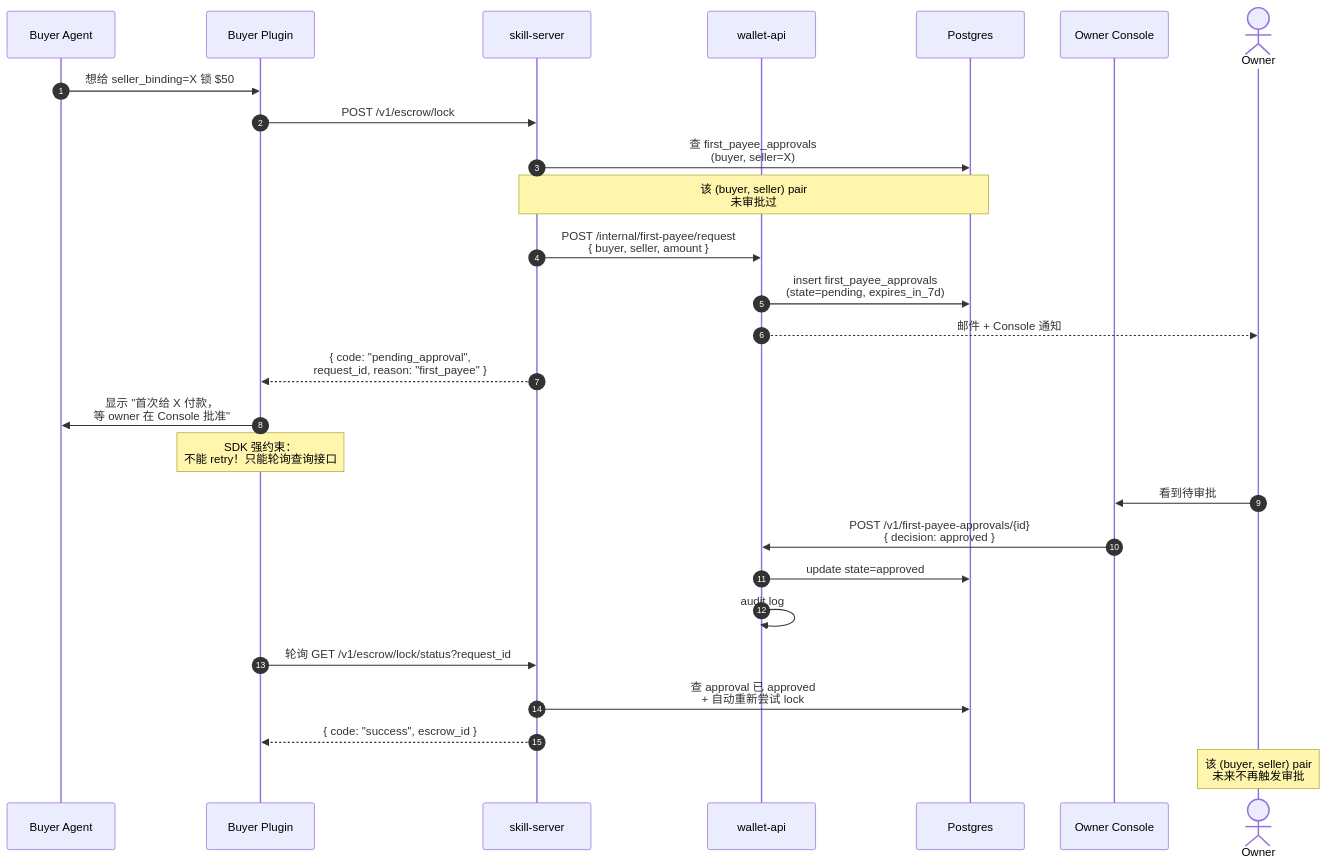
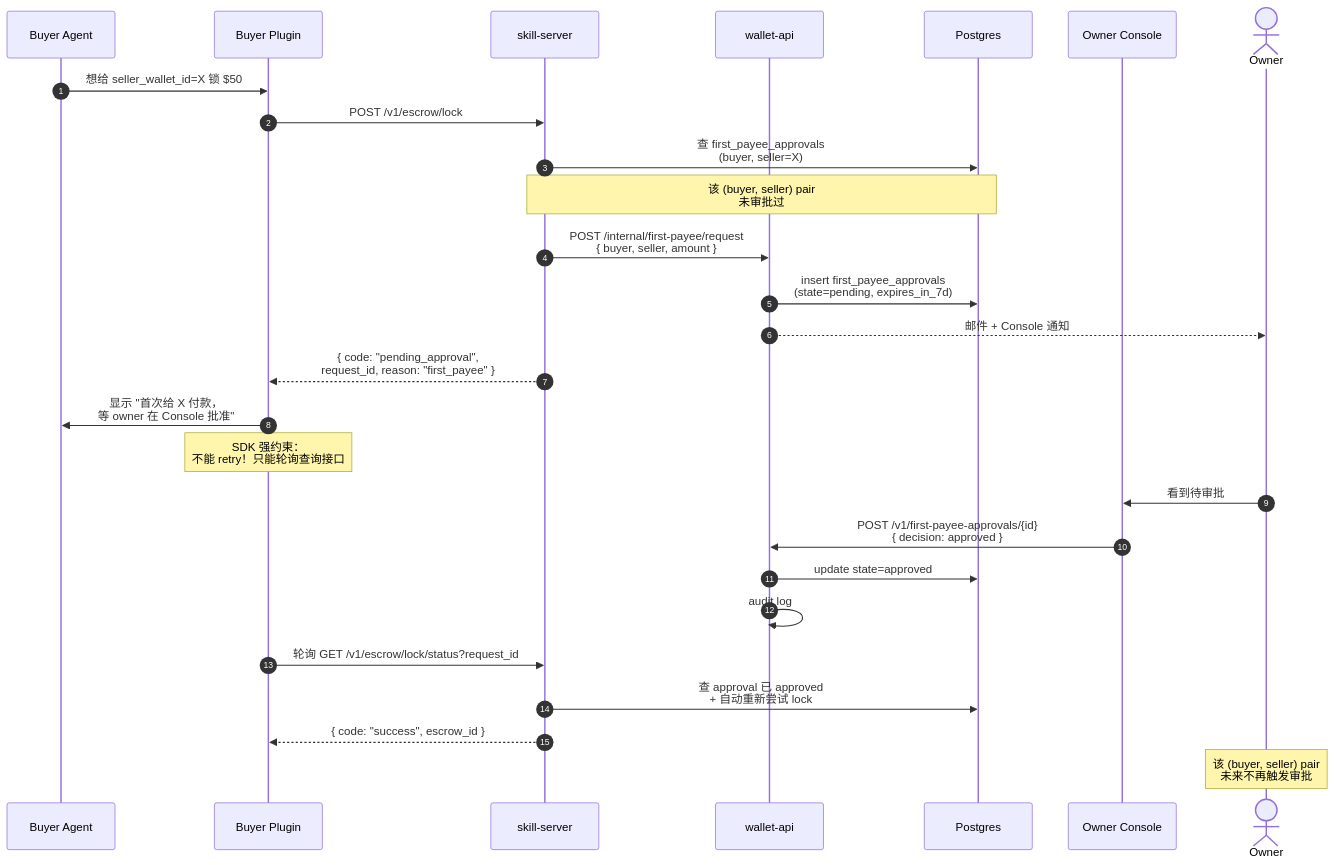
The sixth of 7 diagrams in docs/architecture/04-flows.md (arthurxuwei/OntologyAgent), drawn with Mermaid before and after one commit. The commit also changed other lines of this file and 7 other files, not shown here.

````diff
--- a/docs/architecture/04-flows.md
+++ b/docs/architecture/04-flows.md
@@ -359,36 +359,36 @@
 ```mermaid
 sequenceDiagram
     autonumber
     participant BAgent as Buyer Agent
     participant BPlugin as Buyer Plugin
     participant SS as skill-server
     participant WAPI as wallet-api
     participant PG as Postgres
     participant Console as Owner Console
     actor Owner
 
-    BAgent->>BPlugin: 想给 seller_binding=X 锁 $50
+    BAgent->>BPlugin: 想给 seller_wallet_id=X 锁 $50
     BPlugin->>SS: POST /v1/escrow/lock
     SS->>PG: 查 first_payee_approvals<br/>(buyer, seller=X)
     Note over SS,PG: 该 (buyer, seller) pair<br/>未审批过
 
     SS->>WAPI: POST /internal/first-payee/request<br/>{ buyer, seller, amount }
     WAPI->>PG: insert first_payee_approvals<br/>(state=pending, expires_in_7d)
     WAPI-->>Owner: 邮件 + Console 通知
 
     SS-->>BPlugin: { code: "pending_approval",<br/>request_id, reason: "first_payee" }
     BPlugin->>BAgent: 显示 "首次给 X 付款，<br/>等 owner 在 Console 批准"
 
     Note over BPlugin: SDK 强约束：<br/>不能 retry！只能轮询查询接口
 
     Owner->>Console: 看到待审批
     Console->>WAPI: POST /v1/first-payee-approvals/{id}<br/>{ decision: approved }
     WAPI->>PG: update state=approved
     WAPI->>WAPI: audit log
 
     BPlugin->>SS: 轮询 GET /v1/escrow/lock/status?request_id
     SS->>PG: 查 approval 已 approved<br/>+ 自动重新尝试 lock
     SS-->>BPlugin: { code: "success", escrow_id }
 
     Note over Owner: 该 (buyer, seller) pair<br/>未来不再触发审批
 ```
````
